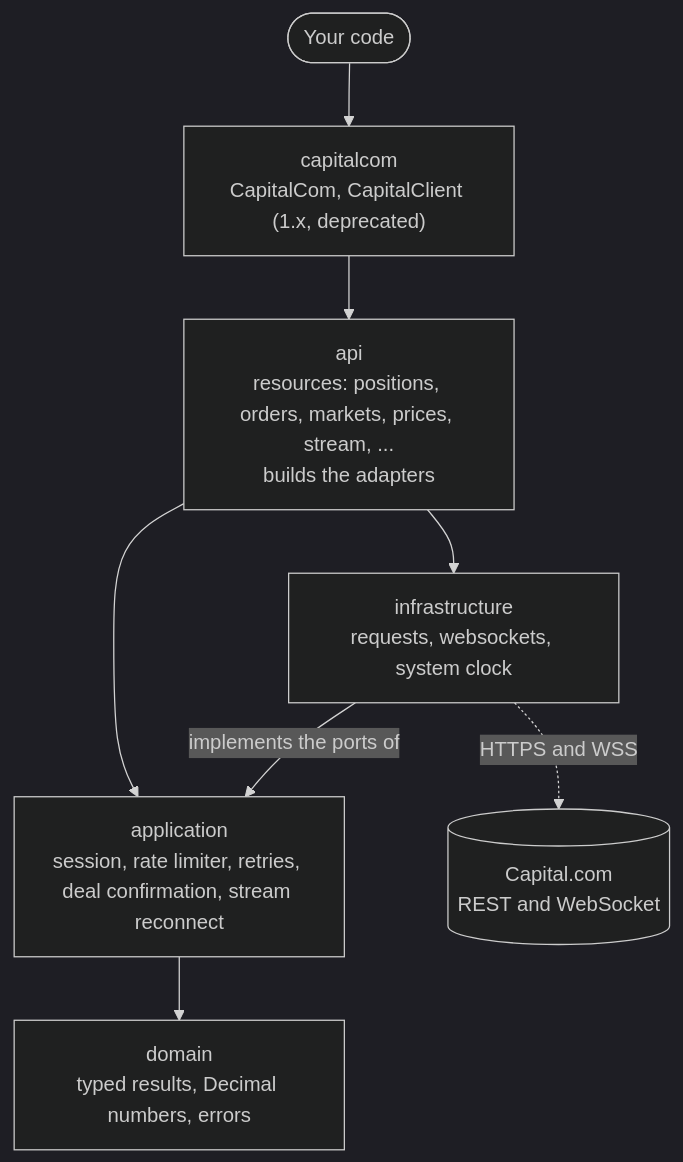
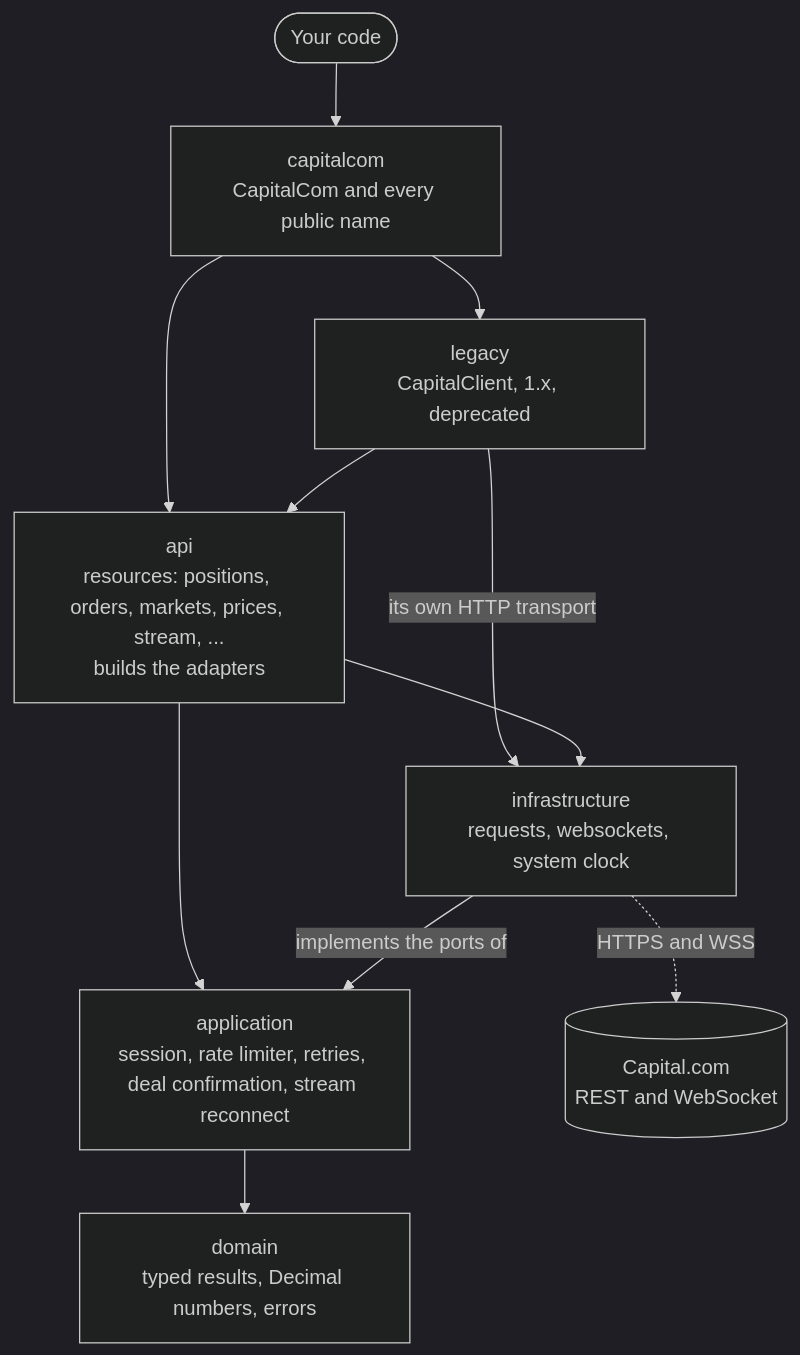
Before and after one commit to Akinzou/CapitalCom: the first of 3 diagrams in README.md, drawn with Mermaid (dark theme). The commit also changed other lines of this file and 2 other files, not shown here.

First line of the commit message:
docs(readme): diagrams match the code paths; badge links to its source

````diff
--- a/README.md
+++ b/README.md
@@ -82,17 +84,22 @@
 ```mermaid
 flowchart TB
     you(["Your code"])
-    root["capitalcom<br/>CapitalCom, CapitalClient (1.x, deprecated)"]
+    root["capitalcom<br/>CapitalCom and every public name"]
+    legacy["legacy<br/>CapitalClient, 1.x, deprecated"]
     api["api<br/>resources: positions, orders, markets, prices, stream, ...<br/>builds the adapters"]
+    infra["infrastructure<br/>requests, websockets, system clock"]
     app["application<br/>session, rate limiter, retries, deal confirmation, stream reconnect"]
-    infra["infrastructure<br/>requests, websockets, system clock"]
     domain["domain<br/>typed results, Decimal numbers, errors"]
     server[("Capital.com<br/>REST and WebSocket")]
 
-    you --> root --> api
+    you --> root
+    root --> api
+    root --> legacy
+    legacy --> api
+    legacy -- its own HTTP transport --> infra
+    api --> infra
     api --> app
-    api --> infra
     infra -- implements the ports of --> app
     app --> domain
     infra -. HTTPS and WSS .-> server
 ```
````
